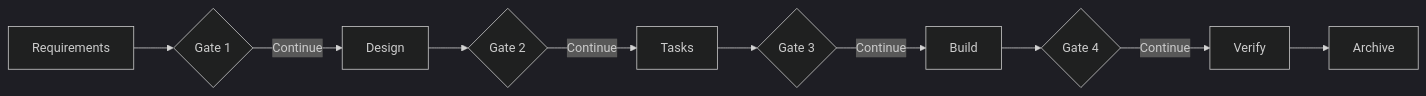
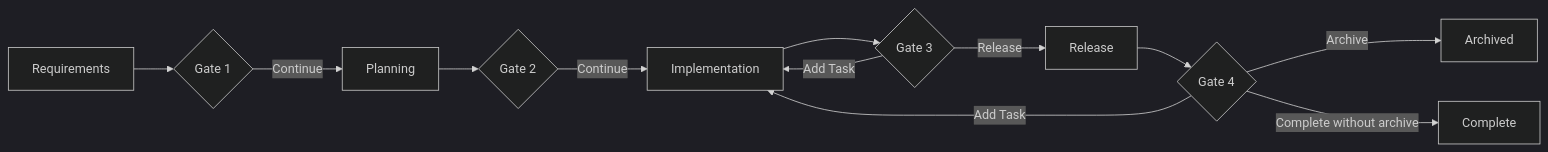
One commit to rp1-run/rp1 changed the second of 3 diagrams in docs/guides/feature-development.md. Above: the diagram before and after it, drawn with Mermaid (dark theme). The commit also changed other lines of this file and 41 other files, not shown here.

````diff
--- a/docs/guides/feature-development.md
+++ b/docs/guides/feature-development.md
@@ -155,12 +150,14 @@
 ```mermaid
 flowchart LR
     R[Requirements] --> G1{Gate 1}
-    G1 -->|Continue| D[Design]
-    D --> G2{Gate 2}
-    G2 -->|Continue| T[Tasks]
-    T --> G3{Gate 3}
-    G3 -->|Continue| B[Build]
-    B --> G4{Gate 4}
-    G4 -->|Continue| V[Verify]
-    V --> A[Archive]
+    G1 -->|Continue| P[Planning]
+    P --> G2{Gate 2}
+    G2 -->|Continue| I[Implementation]
+    I --> G3{Gate 3}
+    G3 -->|Release| L[Release]
+    G3 -->|Add Task| I
+    L --> G4{Gate 4}
+    G4 -->|Archive| A[Archived]
+    G4 -->|Complete without archive| C[Complete]
+    G4 -->|Add Task| I
 ```
````
